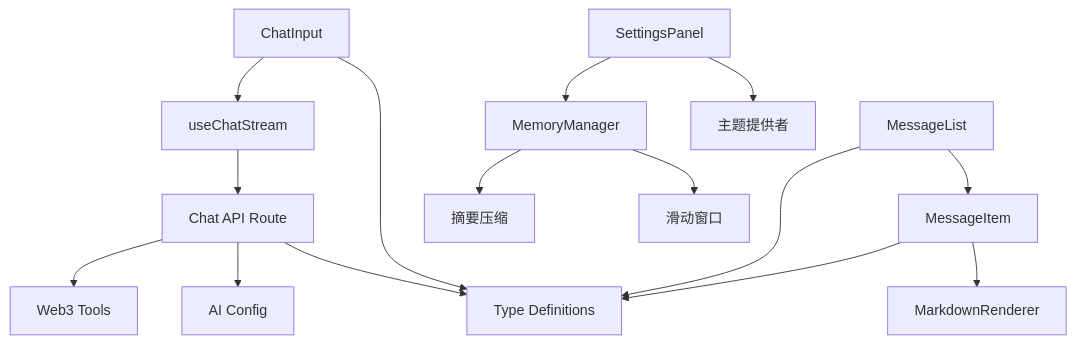
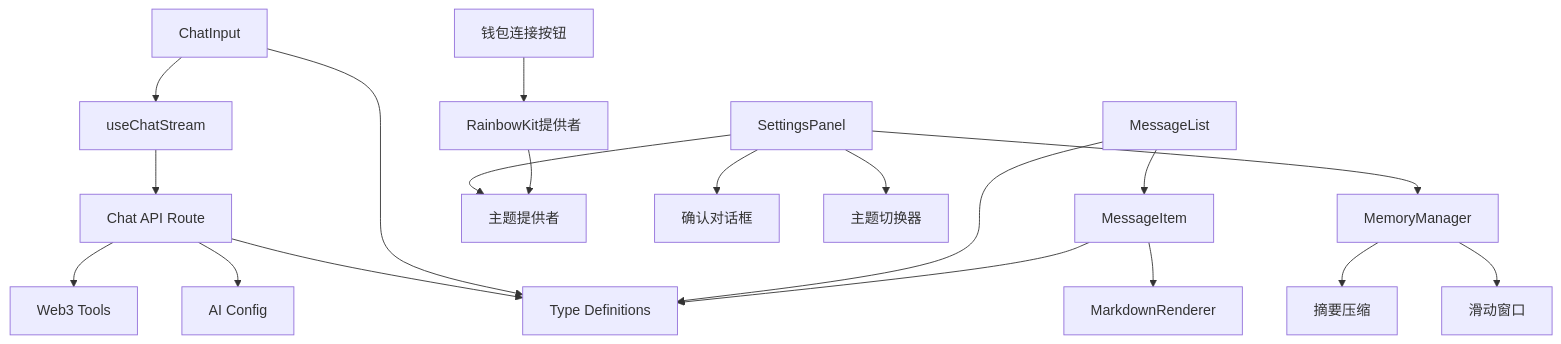
Before and after one commit to CryptoLinxu/Web3-AI-Agent: diagram 13 of 15 in .qoder/repowiki/zh/content/项目概述/整体架构概览/Web应用程序/Web3企业风格界面.md, drawn with Mermaid. The commit also changed other lines of this file and 7 other files, not shown here.

````diff
--- a/.qoder/repowiki/zh/content/项目概述/整体架构概览/Web应用程序/Web3企业风格界面.md
+++ b/.qoder/repowiki/zh/content/项目概述/整体架构概览/Web应用程序/Web3企业风格界面.md
@@ -423,17 +507,21 @@
 ```mermaid
 graph TD
 ChatInput[ChatInput] --> useChatStream[useChatStream]
 MessageList[MessageList] --> MessageItem[MessageItem]
 MessageItem --> MarkdownRenderer[MarkdownRenderer]
 SettingsPanel[SettingsPanel] --> MemoryManager[MemoryManager]
 SettingsPanel --> ThemeProvider[主题提供者]
+SettingsPanel --> ConfirmDialog[确认对话框]
+SettingsPanel --> ThemeSwitcher[主题切换器]
 useChatStream --> ChatAPI[Chat API Route]
 ChatAPI --> Web3Tools[Web3 Tools]
 ChatAPI --> AIConfig[AI Config]
 MemoryManager --> SummaryCompressionMemory[摘要压缩]
 MemoryManager --> SlidingWindowMemory[滑动窗口]
 ChatAPI --> Types[Type Definitions]
 ChatInput --> Types
 MessageList --> Types
 MessageItem --> Types
+WalletConnectButton[钱包连接按钮] --> RainbowKitProvider[RainbowKit提供者]
+RainbowKitProvider --> ThemeProvider
 ```
````
